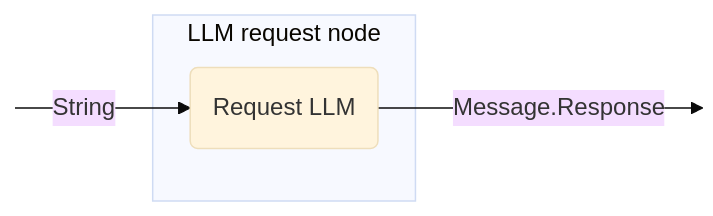
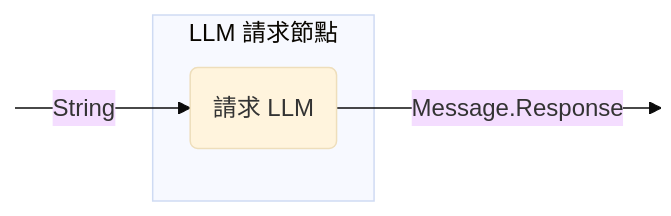
One commit to BinaryTape/Open-Docs changed the sixth of 15 diagrams in docs/zh-Hant/koog/nodes-and-components.md. Above: the diagram before and after it, drawn with Mermaid (base theme). The commit also changed other lines of this file and 457 other files, not shown here.

````diff
--- a/docs/zh-Hant/koog/nodes-and-components.md
+++ b/docs/zh-Hant/koog/nodes-and-components.md
@@ -294,13 +292,13 @@
 ```mermaid
 graph LR
     in:::hidden
     out:::hidden
     
-    subgraph node ["LLM request node"]
-        execute(Request LLM)
+    subgraph node ["LLM 請求節點"]
+        execute(請求 LLM)
     end
     
     in --String--> execute --Message.Response--> out
 
     classDef hidden display: none;
 ```
````
